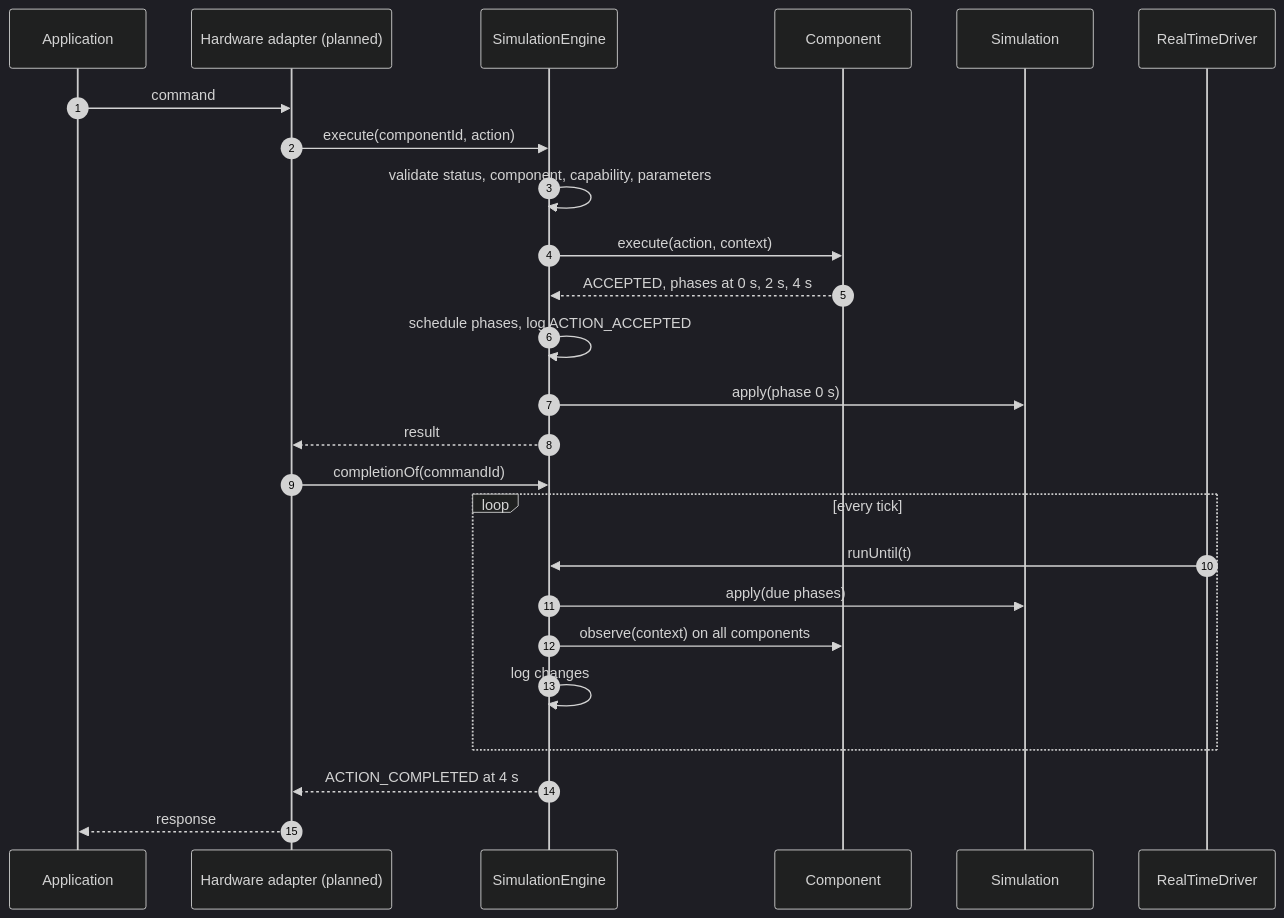
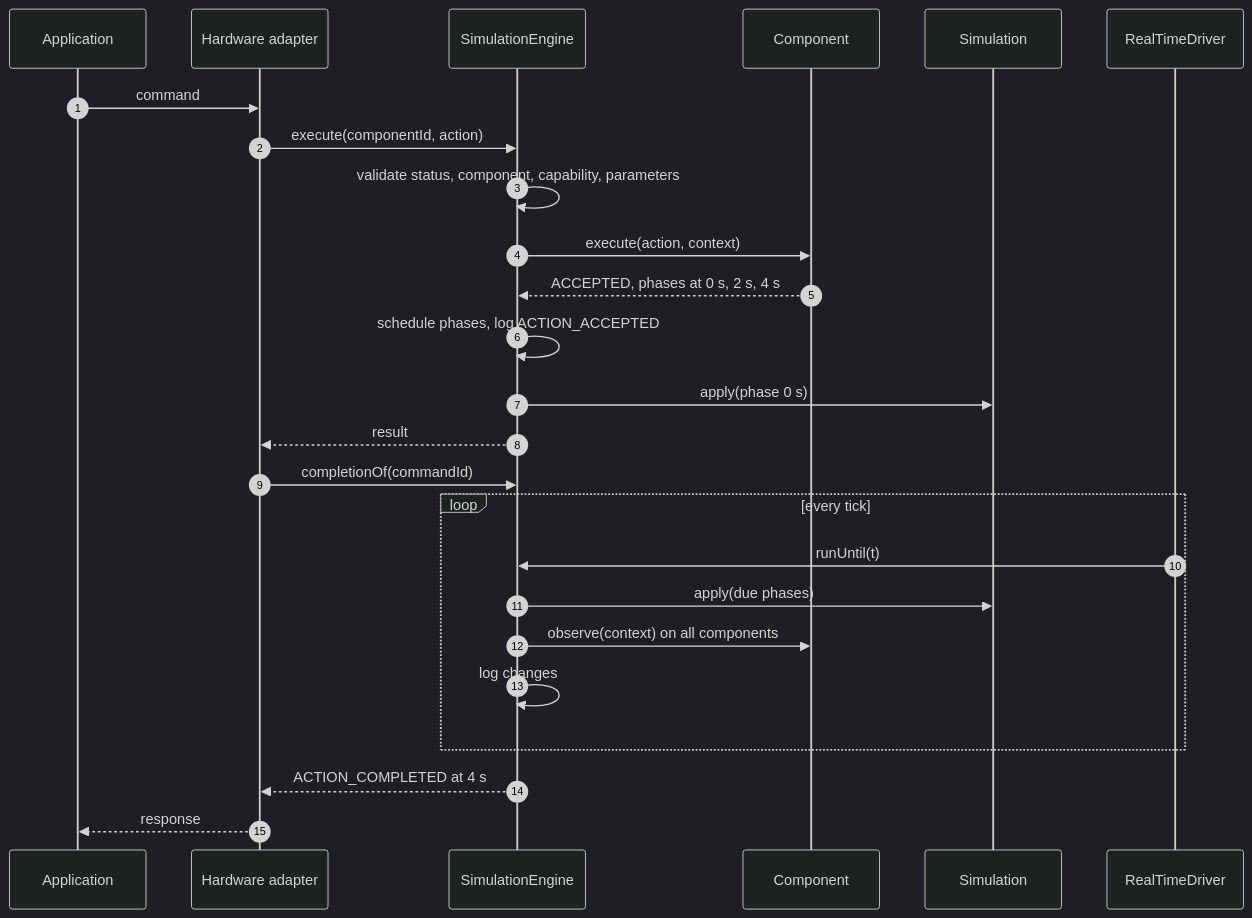
The third of 5 diagrams in docs/architecture.md (sejmasijaric/simulator-platform), drawn with Mermaid (dark theme) before and after one commit. The commit also changed other lines of this file and 23 other files, not shown here.

````diff
--- a/docs/architecture.md
+++ b/docs/architecture.md
@@ -195,30 +195,30 @@
 ```mermaid
 sequenceDiagram
     autonumber
     participant App as Application
-    participant HW as Hardware adapter (planned)
+    participant HW as Hardware adapter
     participant Eng as SimulationEngine
     participant Comp as Component
     participant Sim as Simulation
     participant Drv as RealTimeDriver
 
     App->>HW: command
     HW->>Eng: execute(componentId, action)
     Eng->>Eng: validate status, component, capability, parameters
     Eng->>Comp: execute(action, context)
     Comp-->>Eng: ACCEPTED, phases at 0 s, 2 s, 4 s
     Eng->>Eng: schedule phases, log ACTION_ACCEPTED
     Eng->>Sim: apply(phase 0 s)
     Eng-->>HW: result
     HW->>Eng: completionOf(commandId)
 
     loop every tick
         Drv->>Eng: runUntil(t)
         Eng->>Sim: apply(due phases)
         Eng->>Comp: observe(context) on all components
         Eng->>Eng: log changes
     end
 
     Eng-->>HW: ACTION_COMPLETED at 4 s
     HW-->>App: response
 ```
````
